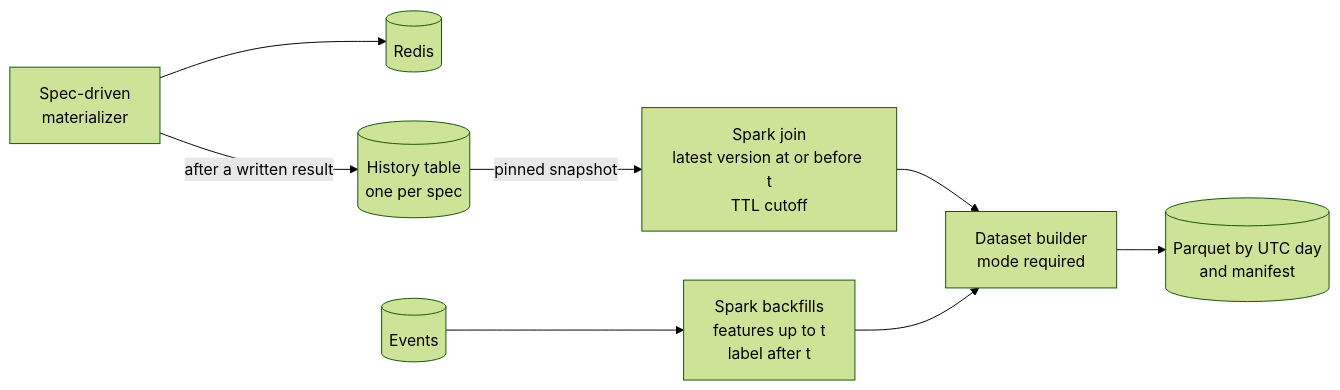
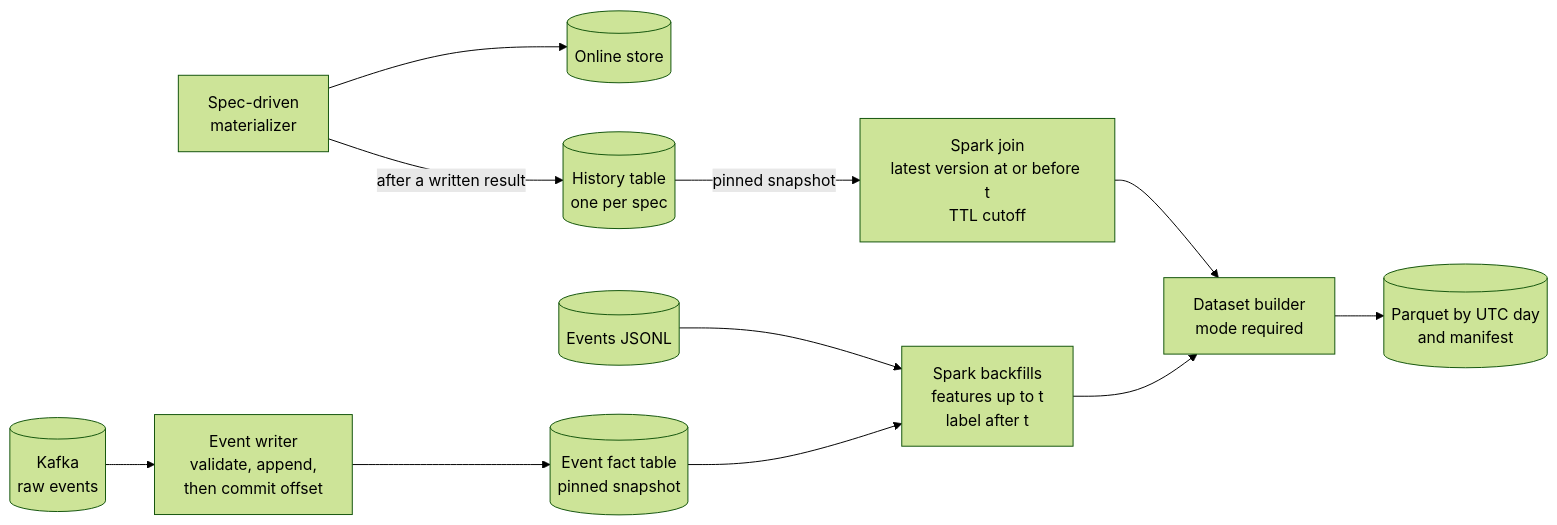
One commit to oster-dev/featureforge changed the seventh of 12 diagrams in ARCHITECTURE.md. Above: the diagram before and after it, drawn with Mermaid (forest theme). The commit also changed other lines of this file and 20 other files, not shown here.

````diff
--- a/ARCHITECTURE.md
+++ b/ARCHITECTURE.md
@@ -307,10 +360,13 @@
 ```mermaid
 flowchart LR
-    MS[Spec-driven<br/>materializer] --> R[(Redis)]
+    MS[Spec-driven<br/>materializer] --> R[(Online store)]
     MS -->|after a written result| H[(History table<br/>one per spec)]
     H -->|pinned snapshot| J[Spark join<br/>latest version at or before t<br/>TTL cutoff]
-    EV[(Events)] --> BF[Spark backfills<br/>features up to t<br/>label after t]
+    RAW[(Kafka<br/>raw events)] --> W[Event writer<br/>validate, append,<br/>then commit offset]
+    W --> EV[(Event fact table<br/>pinned snapshot)]
+    JS[(Events JSONL)] --> BF
+    EV --> BF[Spark backfills<br/>features up to t<br/>label after t]
     J --> DS[Dataset builder<br/>mode required]
     BF --> DS
     DS --> OUT[(Parquet by UTC day<br/>and manifest)]
 ```
````
